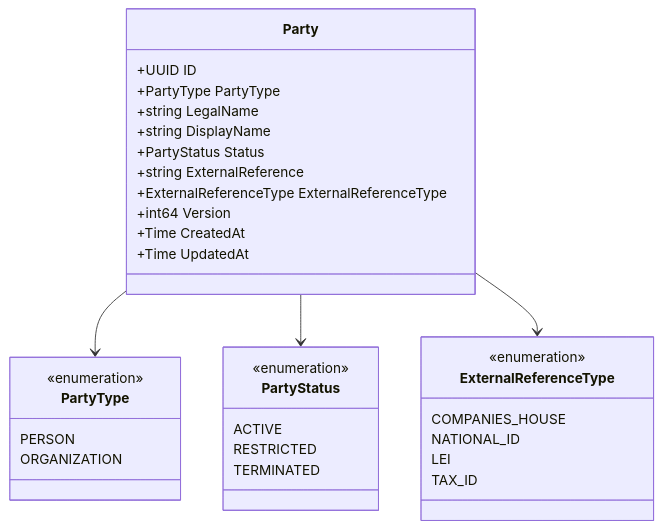
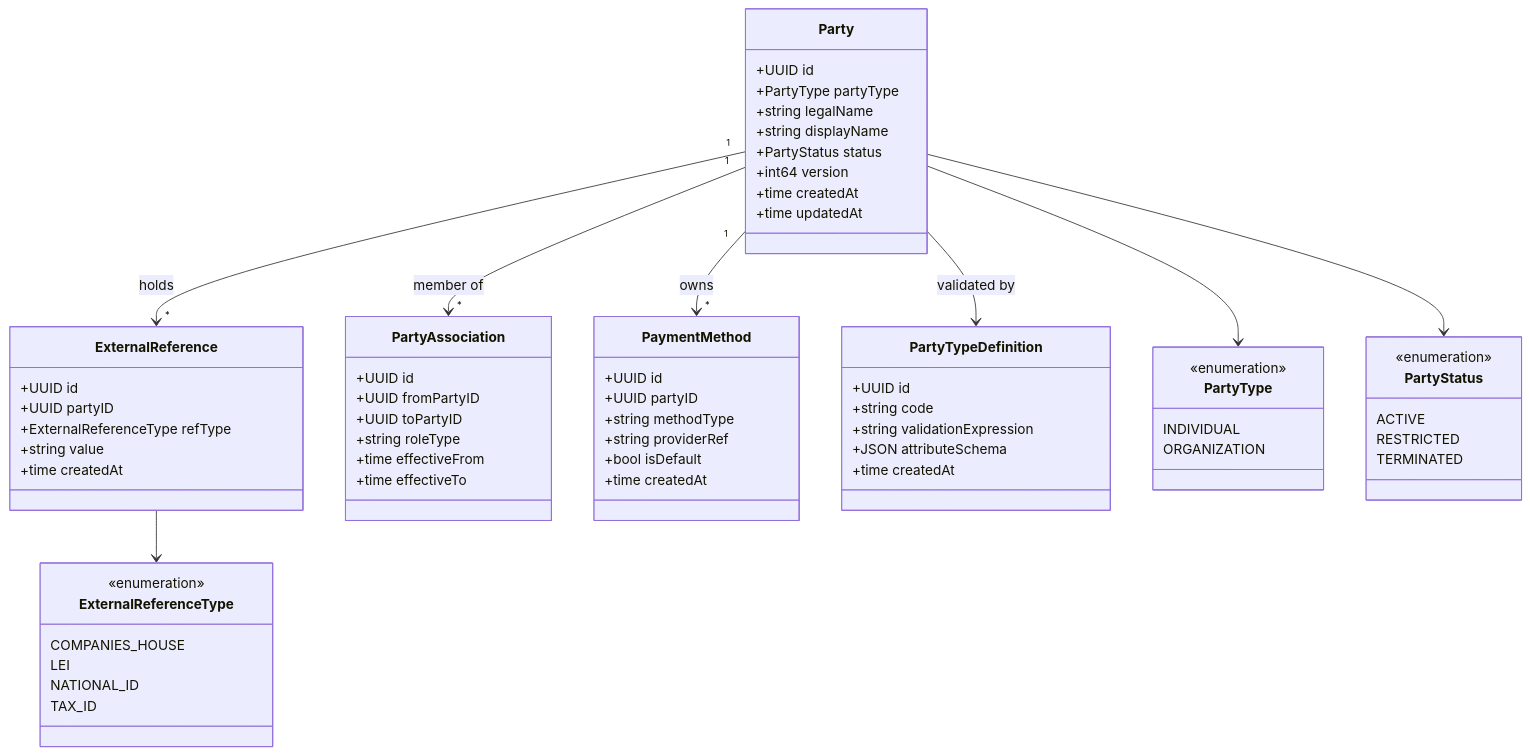
The first of 2 diagrams in services/party/README.md (meridianhub/meridian), drawn with Mermaid before and after one commit. The commit also changed other lines of this file and 3 other files, not shown here.

````diff
--- a/services/party/README.md
+++ b/services/party/README.md
@@ -52,40 +96,76 @@
 ```mermaid
 classDiagram
     class Party {
-        +UUID ID
-        +PartyType PartyType
-        +string LegalName
-        +string DisplayName
-        +PartyStatus Status
-        +string ExternalReference
-        +ExternalReferenceType ExternalReferenceType
-        +int64 Version
-        +Time CreatedAt
-        +Time UpdatedAt
+        +UUID id
+        +PartyType partyType
+        +string legalName
+        +string displayName
+        +PartyStatus status
+        +int64 version
+        +time createdAt
+        +time updatedAt
+    }
+
+    class ExternalReference {
+        +UUID id
+        +UUID partyID
+        +ExternalReferenceType refType
+        +string value
+        +time createdAt
+    }
+
+    class PartyAssociation {
+        +UUID id
+        +UUID fromPartyID
+        +UUID toPartyID
+        +string roleType
+        +time effectiveFrom
+        +time effectiveTo
+    }
+
+    class PaymentMethod {
+        +UUID id
+        +UUID partyID
+        +string methodType
+        +string providerRef
+        +bool isDefault
+        +time createdAt
+    }
+
+    class PartyTypeDefinition {
+        +UUID id
+        +string code
+        +string validationExpression
+        +JSON attributeSchema
+        +time createdAt
     }
 
     class PartyType {
         <<enumeration>>
-        PERSON
+        INDIVIDUAL
         ORGANIZATION
     }
 
     class PartyStatus {
         <<enumeration>>
         ACTIVE
         RESTRICTED
         TERMINATED
     }
 
     class ExternalReferenceType {
         <<enumeration>>
         COMPANIES_HOUSE
+        LEI
         NATIONAL_ID
-        LEI
         TAX_ID
     }
 
     Party --> PartyType
     Party --> PartyStatus
-    Party --> ExternalReferenceType
+    Party "1" --> "*" ExternalReference : holds
+    Party "1" --> "*" PartyAssociation : member of
+    Party "1" --> "*" PaymentMethod : owns
+    Party --> PartyTypeDefinition : validated by
+    ExternalReference --> ExternalReferenceType
 ```
````
